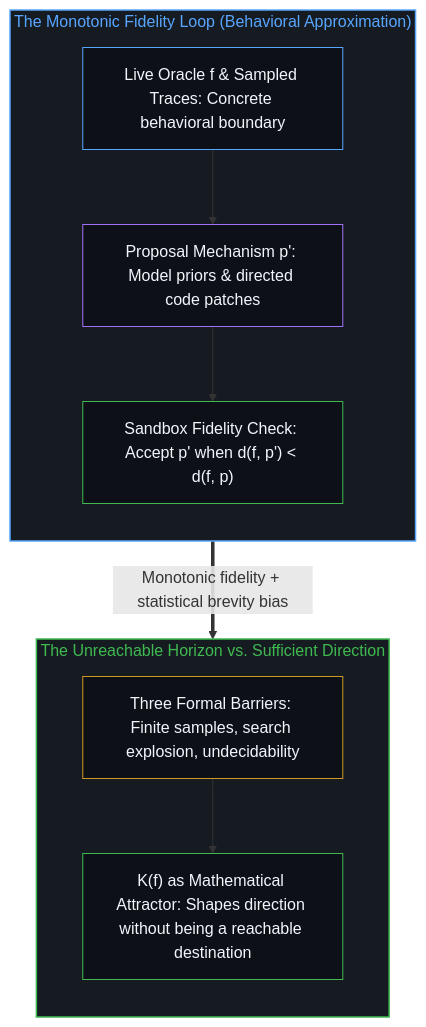
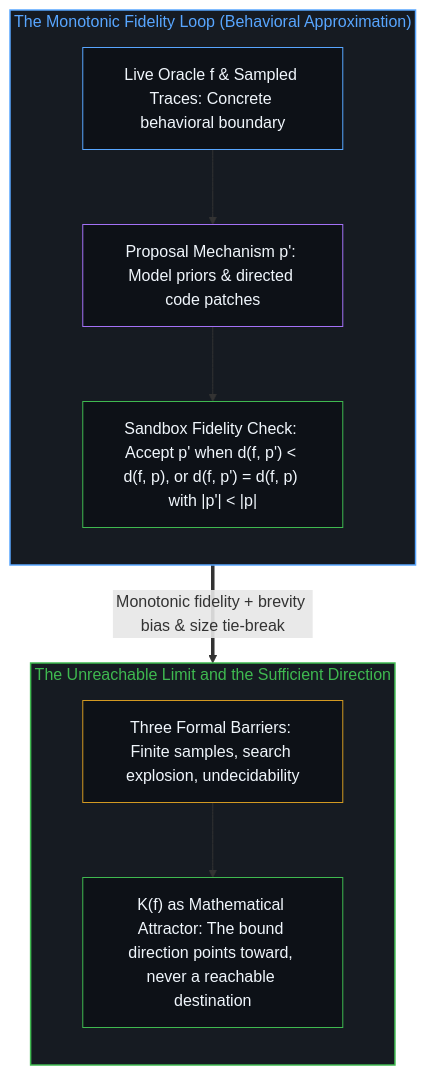
The second of 2 diagrams in content/posts/fidelity-not-optimality.md (powerpig99/not-a-toe), drawn with Mermaid before and after one commit. The commit also changed other lines of this file and 5 other files, not shown here.

````diff
--- a/content/posts/fidelity-not-optimality.md
+++ b/content/posts/fidelity-not-optimality.md
@@ -102,24 +102,24 @@
 ```mermaid
 flowchart TD
     subgraph S_Loop["The Monotonic Fidelity Loop (Behavioral Approximation)"]
         direction TB
         L_Oracle["Live Oracle f & Sampled Traces: Concrete behavioral boundary"]
         L_Prop["Proposal Mechanism p': Model priors & directed code patches"]
-        L_Eval["Sandbox Fidelity Check: Accept p' when d(f, p') < d(f, p)"]
+        L_Eval["Sandbox Fidelity Check: Accept p' when d(f, p') < d(f, p), or d(f, p') = d(f, p) with |p'| < |p|"]
         L_Oracle --> L_Prop --> L_Eval
     end
-    subgraph S_Limit["The Unreachable Horizon vs. Sufficient Direction"]
+    subgraph S_Limit["The Unreachable Limit and the Sufficient Direction"]
         direction TB
         B_Barriers["Three Formal Barriers: Finite samples, search explosion, undecidability"]
-        B_Attractor["K(f) as Mathematical Attractor: Shapes direction without being a reachable destination"]
+        B_Attractor["K(f) as Mathematical Attractor: The bound direction points toward, never a reachable destination"]
         B_Barriers --> B_Attractor
     end
-    L_Eval ==>|"Monotonic fidelity + statistical brevity bias"| B_Barriers
+    L_Eval ==>|"Monotonic fidelity + brevity bias & size tie-break"| B_Barriers
     style S_Loop fill:#161b22,stroke:#58a6ff,stroke-width:1.5px,color:#58a6ff
     style S_Limit fill:#161b22,stroke:#3fb950,stroke-width:1.5px,color:#3fb950
     style L_Oracle fill:#0d1117,stroke:#58a6ff,stroke-width:1px,color:#f0f6fc
     style L_Prop fill:#0d1117,stroke:#a371f7,stroke-width:1px,color:#f0f6fc
     style L_Eval fill:#0d1117,stroke:#3fb950,stroke-width:1px,color:#f0f6fc
     style B_Barriers fill:#0d1117,stroke:#d29922,stroke-width:1px,color:#f0f6fc
     style B_Attractor fill:#0d1117,stroke:#3fb950,stroke-width:1px,color:#f0f6fc
 ```
````
